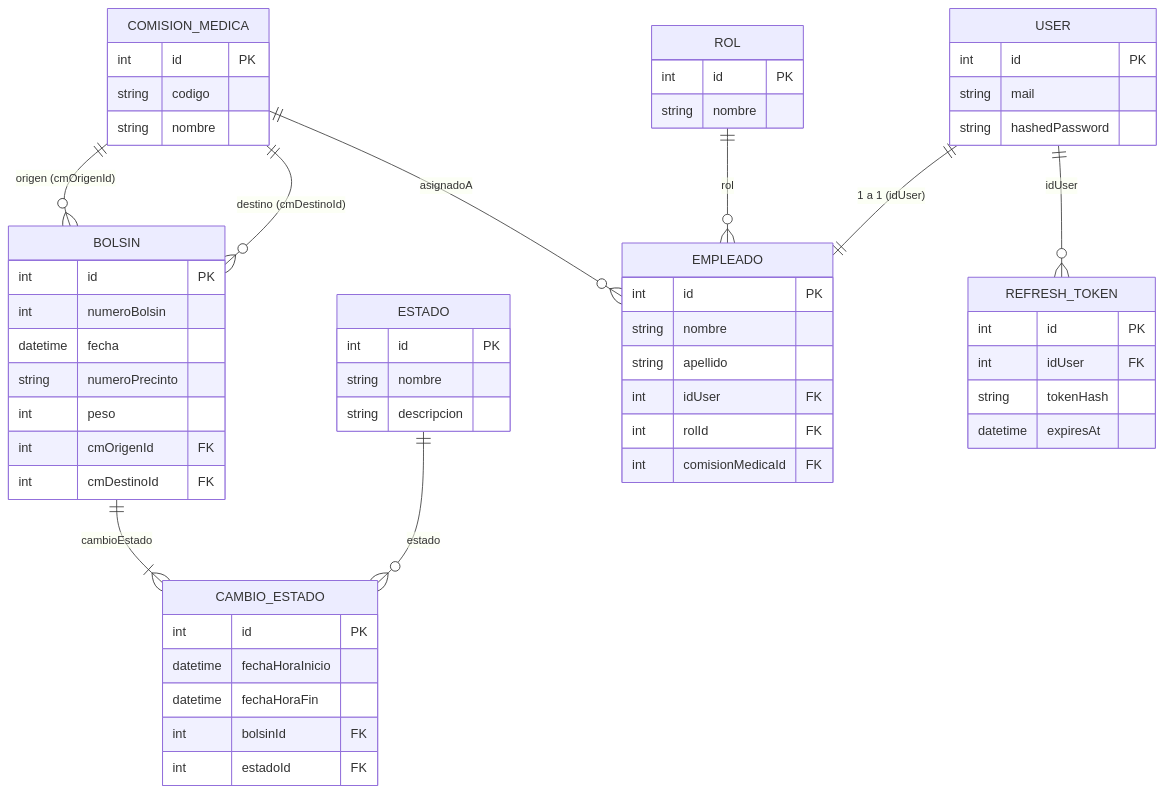
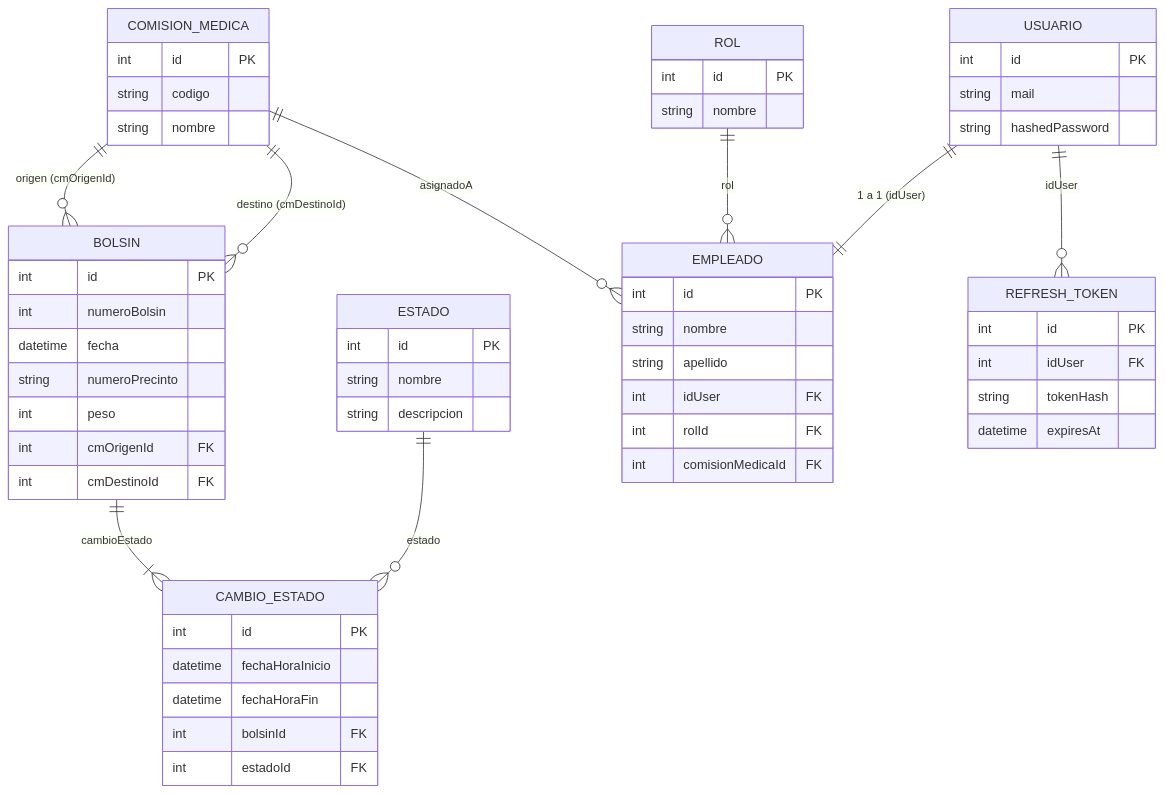
The diagram in docs/02-modelo-datos.md (JoaquinMorais/DSI-TPI-Bolsines), drawn with Mermaid before and after one commit. The commit also changed other lines of this file and 9 other files, not shown here.

````diff
--- a/docs/02-modelo-datos.md
+++ b/docs/02-modelo-datos.md
@@ -199,61 +203,61 @@
 ```mermaid
 erDiagram
   COMISION_MEDICA ||--o{ BOLSIN : "origen (cmOrigenId)"
   COMISION_MEDICA ||--o{ BOLSIN : "destino (cmDestinoId)"
   BOLSIN ||--|{ CAMBIO_ESTADO : "cambioEstado"
   ESTADO ||--o{ CAMBIO_ESTADO : "estado"
   COMISION_MEDICA ||--o{ EMPLEADO : "asignadoA"
   ROL ||--o{ EMPLEADO : "rol"
-  USER ||--|| EMPLEADO : "1 a 1 (idUser)"
-  USER ||--o{ REFRESH_TOKEN : "idUser"
+  USUARIO ||--|| EMPLEADO : "1 a 1 (idUser)"
+  USUARIO ||--o{ REFRESH_TOKEN : "idUser"
 
   BOLSIN {
     int id PK
     int numeroBolsin
     datetime fecha
     string numeroPrecinto
     int peso
     int cmOrigenId FK
     int cmDestinoId FK
   }
   CAMBIO_ESTADO {
     int id PK
     datetime fechaHoraInicio
     datetime fechaHoraFin
     int bolsinId FK
     int estadoId FK
   }
   ESTADO {
     int id PK
     string nombre
     string descripcion
   }
   COMISION_MEDICA {
     int id PK
     string codigo
     string nombre
   }
   EMPLEADO {
     int id PK
     string nombre
     string apellido
     int idUser FK
     int rolId FK
     int comisionMedicaId FK
   }
   ROL {
     int id PK
     string nombre
   }
-  USER {
+  USUARIO {
     int id PK
     string mail
     string hashedPassword
   }
   REFRESH_TOKEN {
     int id PK
     int idUser FK
     string tokenHash
     datetime expiresAt
   }
 ```
````
